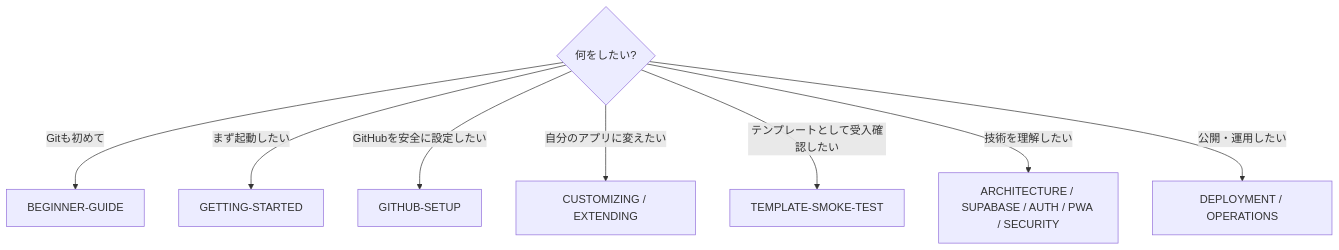
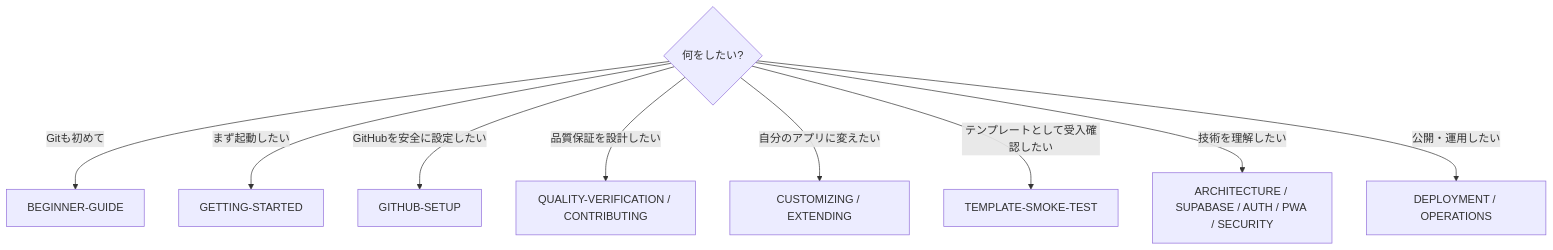
One commit to k-systems202208/nextjs-supabase-vercel-webapp-template changed the fourth of 4 diagrams in README.md. Above: the diagram before and after it, drawn with Mermaid. The commit also changed other lines of this file and 6 other files, not shown here.

````diff
--- a/README.md
+++ b/README.md
@@ -173,11 +179,12 @@
 ```mermaid
 flowchart TD
     Q{"何をしたい?"}
     Q -->|"Gitも初めて"| B["BEGINNER-GUIDE"]
     Q -->|"まず起動したい"| G["GETTING-STARTED"]
     Q -->|"GitHubを安全に設定したい"| H["GITHUB-SETUP"]
+    Q -->|"品質保証を設計したい"| V["QUALITY-VERIFICATION / CONTRIBUTING"]
     Q -->|"自分のアプリに変えたい"| C["CUSTOMIZING / EXTENDING"]
     Q -->|"テンプレートとして受入確認したい"| S["TEMPLATE-SMOKE-TEST"]
     Q -->|"技術を理解したい"| A["ARCHITECTURE / SUPABASE / AUTH / PWA / SECURITY"]
     Q -->|"公開・運用したい"| O["DEPLOYMENT / OPERATIONS"]
 ```
````
